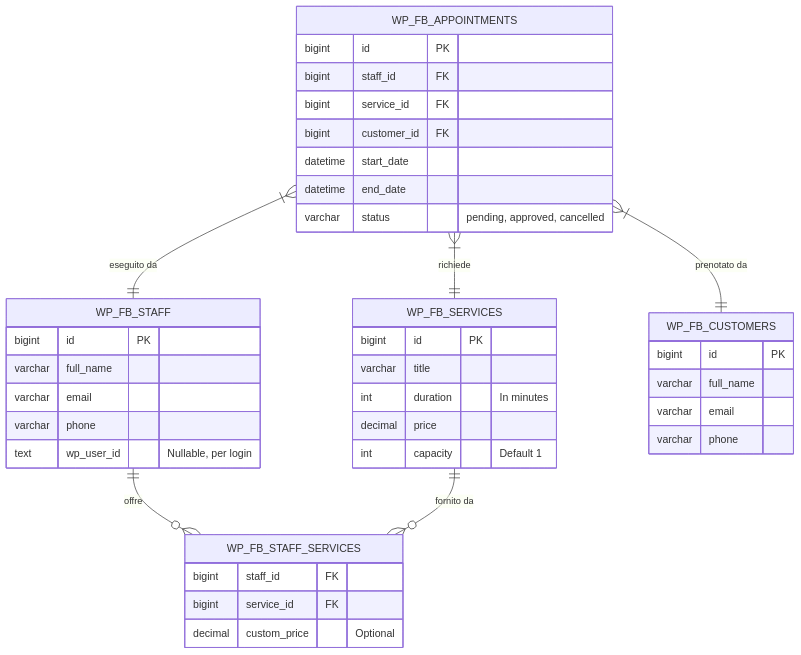
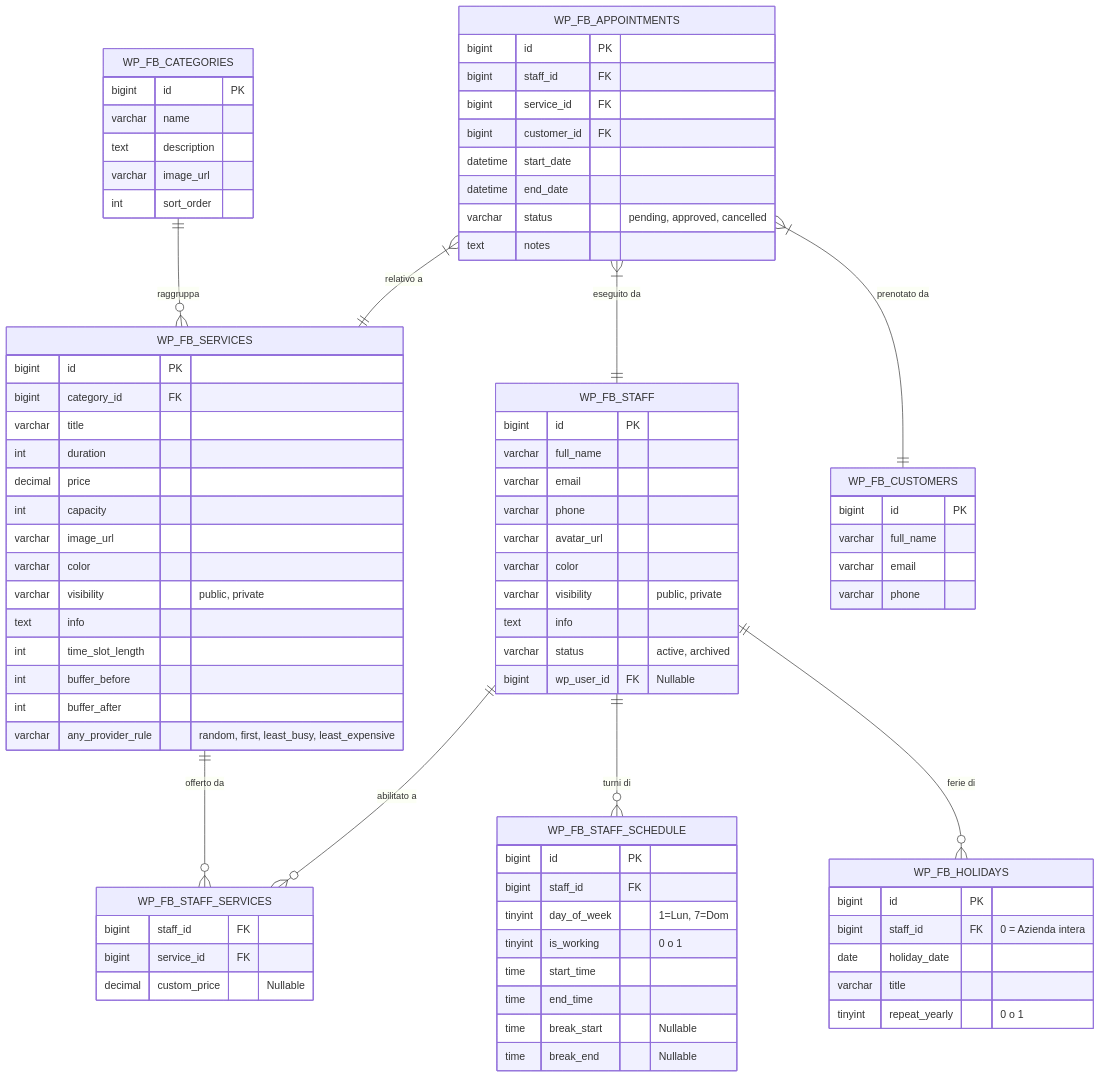
One commit to kismet/free-bookly changed the second of 2 diagrams in docs/architecture.md. Above: the diagram before and after it, drawn with Mermaid. The commit also changed other lines of this file and 33 other files, not shown here.

Commit message:
Implement Bookly parity: General Settings, Services & Categories, Staff & Days Off, Working Hours & Holidays, Multi-Form Types

````diff
--- a/docs/architecture.md
+++ b/docs/architecture.md
@@ -56,25 +70,66 @@
 ```mermaid
 erDiagram
+    WP_FB_CATEGORIES {
+        bigint id PK
+        varchar name
+        text description
+        varchar image_url
+        int sort_order
+    }
+
+    WP_FB_SERVICES {
+        bigint id PK
+        bigint category_id FK
+        varchar title
+        int duration
+        decimal price
+        int capacity
+        varchar image_url
+        varchar color
+        varchar visibility "public, private"
+        text info
+        int time_slot_length
+        int buffer_before
+        int buffer_after
+        varchar any_provider_rule "random, first, least_busy, least_expensive"
+    }
+
     WP_FB_STAFF {
         bigint id PK
         varchar full_name
         varchar email
         varchar phone
-        text wp_user_id "Nullable, per login"
-    }
-    
-    WP_FB_SERVICES {
-        bigint id PK
-        varchar title
-        int duration "In minutes"
-        decimal price
-        int capacity "Default 1"
+        varchar avatar_url
+        varchar color
+        varchar visibility "public, private"
+        text info
+        varchar status "active, archived"
+        bigint wp_user_id FK "Nullable"
     }
 
     WP_FB_STAFF_SERVICES {
         bigint staff_id FK
         bigint service_id FK
-        decimal custom_price "Optional"
+        decimal custom_price "Nullable"
+    }
+
+    WP_FB_STAFF_SCHEDULE {
+        bigint id PK
+        bigint staff_id FK
+        tinyint day_of_week "1=Lun, 7=Dom"
+        tinyint is_working "0 o 1"
+        time start_time
+        time end_time
+        time break_start "Nullable"
+        time break_end "Nullable"
+    }
+
+    WP_FB_HOLIDAYS {
+        bigint id PK
+        bigint staff_id FK "0 = Azienda intera"
+        date holiday_date
+        varchar title
+        tinyint repeat_yearly "0 o 1"
     }
 
     WP_FB_CUSTOMERS {
@@ -92,13 +147,15 @@
         datetime start_date
         datetime end_date
         varchar status "pending, approved, cancelled"
+        text notes
     }
 
-    WP_FB_STAFF ||--o{ WP_FB_STAFF_SERVICES : "offre"
-    WP_FB_SERVICES ||--o{ WP_FB_STAFF_SERVICES : "fornito da"
-    
+    WP_FB_CATEGORIES ||--o{ WP_FB_SERVICES : "raggruppa"
+    WP_FB_SERVICES ||--o{ WP_FB_STAFF_SERVICES : "offerto da"
+    WP_FB_STAFF ||--o{ WP_FB_STAFF_SERVICES : "abilitato a"
+    WP_FB_STAFF ||--o{ WP_FB_STAFF_SCHEDULE : "turni di"
+    WP_FB_STAFF ||--o{ WP_FB_HOLIDAYS : "ferie di"
     WP_FB_APPOINTMENTS }|--|| WP_FB_STAFF : "eseguito da"
-    WP_FB_APPOINTMENTS }|--|| WP_FB_SERVICES : "richiede"
+    WP_FB_APPOINTMENTS }|--|| WP_FB_SERVICES : "relativo a"
     WP_FB_APPOINTMENTS }|--|| WP_FB_CUSTOMERS : "prenotato da"
-
 ```
````
